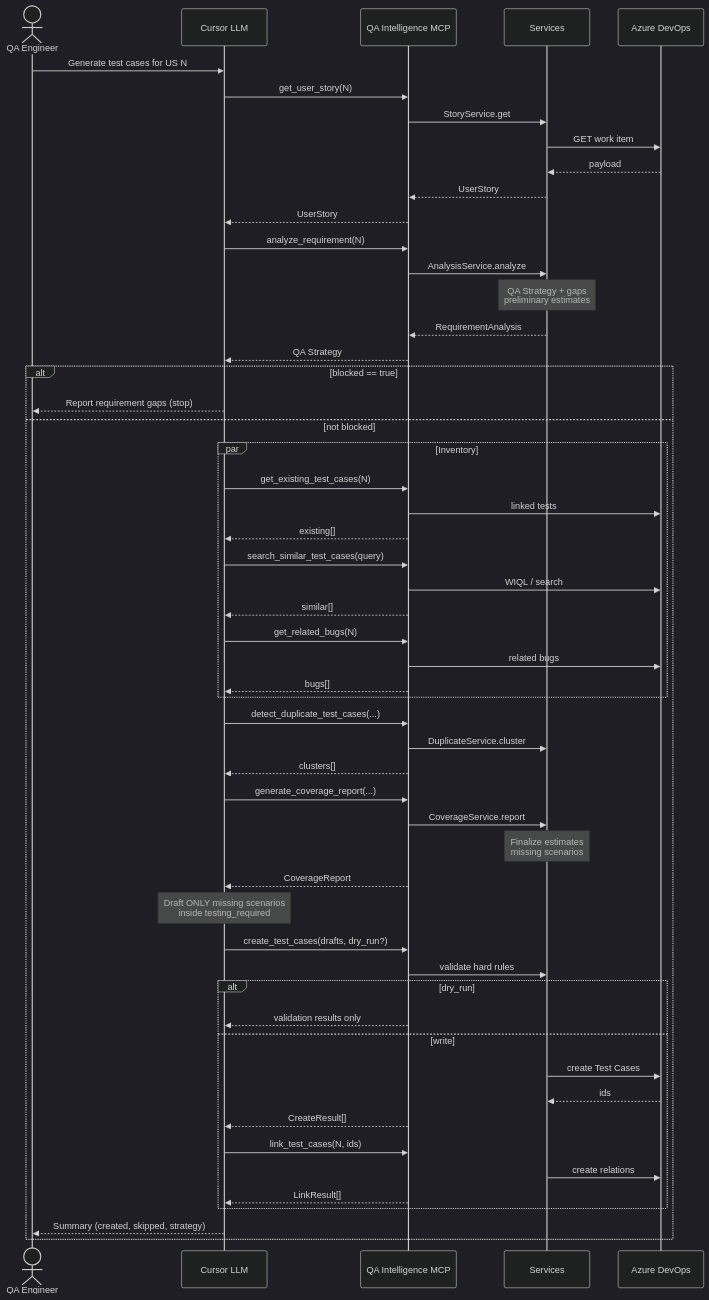
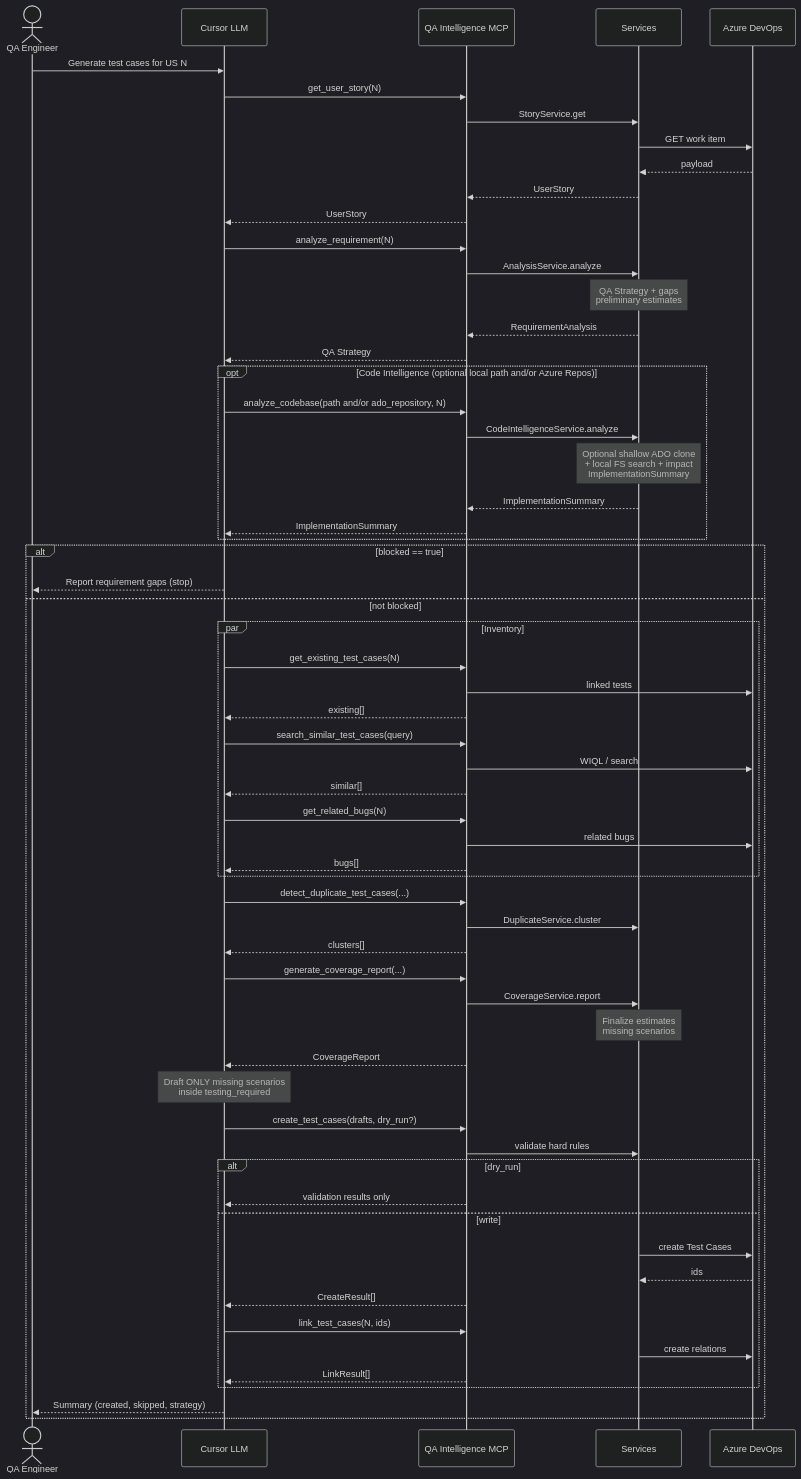
Before and after one commit to rohan01629/QA_Intelligence: the diagram in docs/05-sequence-diagram.md, drawn with Mermaid (dark theme). The commit also changed 32 other files, not shown here.

First line of the commit message:
Enhance documentation and configuration for Code Intelligence features.

````diff
--- a/docs/05-sequence-diagram.md
+++ b/docs/05-sequence-diagram.md
@@ -11,63 +11,71 @@
 ```mermaid
 sequenceDiagram
   actor User as QA Engineer
   participant Cursor as Cursor LLM
   participant MCP as QA Intelligence MCP
   participant Svc as Services
   participant ADO as Azure DevOps
 
   User->>Cursor: Generate test cases for US N
   Cursor->>MCP: get_user_story(N)
   MCP->>Svc: StoryService.get
   Svc->>ADO: GET work item
   ADO-->>Svc: payload
   Svc-->>MCP: UserStory
   MCP-->>Cursor: UserStory
 
   Cursor->>MCP: analyze_requirement(N)
   MCP->>Svc: AnalysisService.analyze
   Note over Svc: QA Strategy + gaps<br/>preliminary estimates
   Svc-->>MCP: RequirementAnalysis
   MCP-->>Cursor: QA Strategy
+
+  opt Code Intelligence (optional local path and/or Azure Repos)
+    Cursor->>MCP: analyze_codebase(path and/or ado_repository, N)
+    MCP->>Svc: CodeIntelligenceService.analyze
+    Note over Svc: Optional shallow ADO clone<br/>+ local FS search + impact<br/>ImplementationSummary
+    Svc-->>MCP: ImplementationSummary
+    MCP-->>Cursor: ImplementationSummary
+  end
 
   alt blocked == true
     Cursor-->>User: Report requirement gaps (stop)
   else not blocked
     par Inventory
       Cursor->>MCP: get_existing_test_cases(N)
       MCP->>ADO: linked tests
       MCP-->>Cursor: existing[]
       Cursor->>MCP: search_similar_test_cases(query)
       MCP->>ADO: WIQL / search
       MCP-->>Cursor: similar[]
       Cursor->>MCP: get_related_bugs(N)
       MCP->>ADO: related bugs
       MCP-->>Cursor: bugs[]
     end
 
     Cursor->>MCP: detect_duplicate_test_cases(...)
     MCP->>Svc: DuplicateService.cluster
     MCP-->>Cursor: clusters[]
 
     Cursor->>MCP: generate_coverage_report(...)
     MCP->>Svc: CoverageService.report
     Note over Svc: Finalize estimates<br/>missing scenarios
     MCP-->>Cursor: CoverageReport
 
     Note over Cursor: Draft ONLY missing scenarios<br/>inside testing_required
 
     Cursor->>MCP: create_test_cases(drafts, dry_run?)
     MCP->>Svc: validate hard rules
     alt dry_run
       MCP-->>Cursor: validation results only
     else write
       Svc->>ADO: create Test Cases
       ADO-->>Svc: ids
       MCP-->>Cursor: CreateResult[]
       Cursor->>MCP: link_test_cases(N, ids)
       Svc->>ADO: create relations
       MCP-->>Cursor: LinkResult[]
     end
     Cursor-->>User: Summary (created, skipped, strategy)
   end
 ```
````
